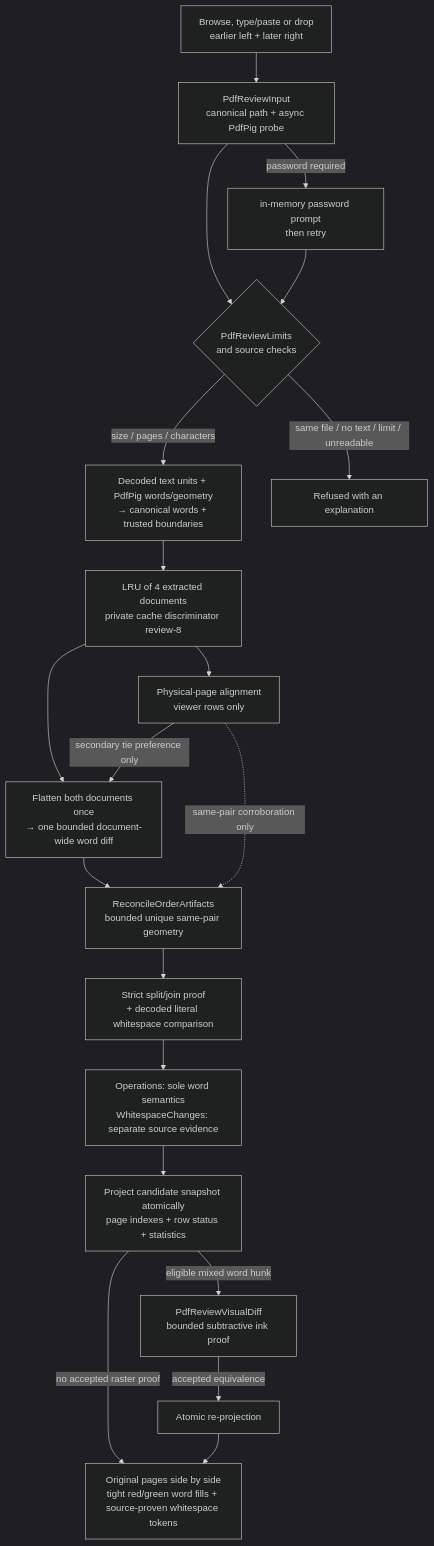
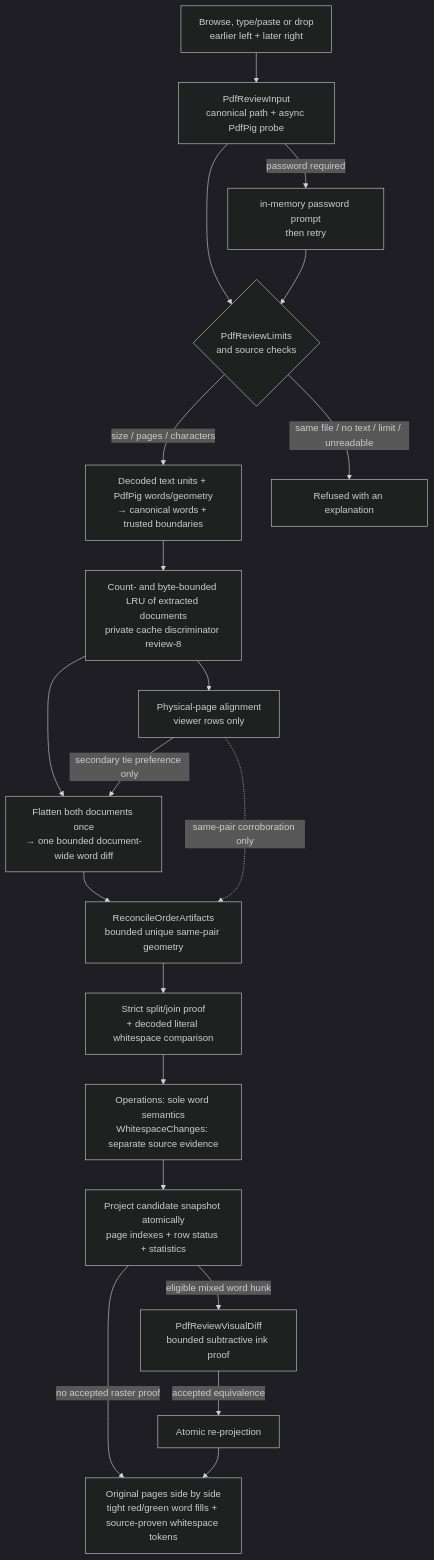
One commit to DedovMosol/iwoHelperDesktop changed the second of 6 diagrams in docs/ARCHITECTURE.md. Above: the diagram before and after it, drawn with Mermaid (dark theme). The commit also changed other lines of this file and 16 other files, not shown here.

Commit message:
PDF compare window: wheel scope, unified deletion carets, shared renderer, bounded cache

````diff
--- a/docs/ARCHITECTURE.md
+++ b/docs/ARCHITECTURE.md
@@ -277,22 +277,22 @@
 ```mermaid
 flowchart TB
     A["Browse, type/paste or drop<br>earlier left + later right"] --> V["PdfReviewInput<br>canonical path + async PdfPig probe"]
     V --> B{"PdfReviewLimits<br>and source checks"}
     V -->|"password required"| P["in-memory password prompt<br>then retry"]
     P --> B
     B -->|"size / pages / characters"| C["Decoded text units + PdfPig words/geometry<br>→ canonical words + trusted boundaries"]
-    C --> D["LRU of 4 extracted documents<br>private cache discriminator review-8"]
+    C --> D["Count- and byte-bounded LRU of extracted documents<br>private cache discriminator review-8"]
     D --> R["Physical-page alignment<br>viewer rows only"]
     D --> E["Flatten both documents once<br>→ one bounded document-wide word diff"]
     R -->|"secondary tie preference only"| E
     E --> Q["ReconcileOrderArtifacts<br>bounded unique same-pair geometry"]
     R -.->|"same-pair corroboration only"| Q
     Q --> S["Strict split/join proof<br>+ decoded literal whitespace comparison"]
     S --> O["Operations: sole word semantics<br>WhitespaceChanges: separate source evidence"]
     O --> G["Project candidate snapshot atomically<br>page indexes + row status + statistics"]
     G -->|"eligible mixed word hunk"| F["PdfReviewVisualDiff<br>bounded subtractive ink proof"]
     F -->|"accepted equivalence"| J["Atomic re-projection"]
     G -->|"no accepted raster proof"| H["Original pages side by side<br>tight red/green word fills + source-proven whitespace tokens"]
     J --> H
     B -->|"same file / no text / limit / unreadable"| X["Refused with an explanation"]
 ```
````
